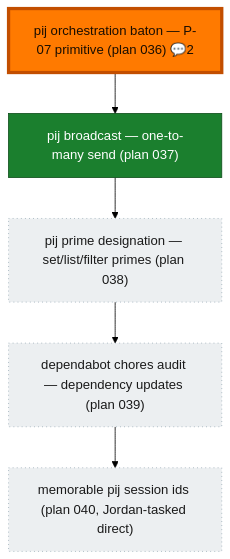
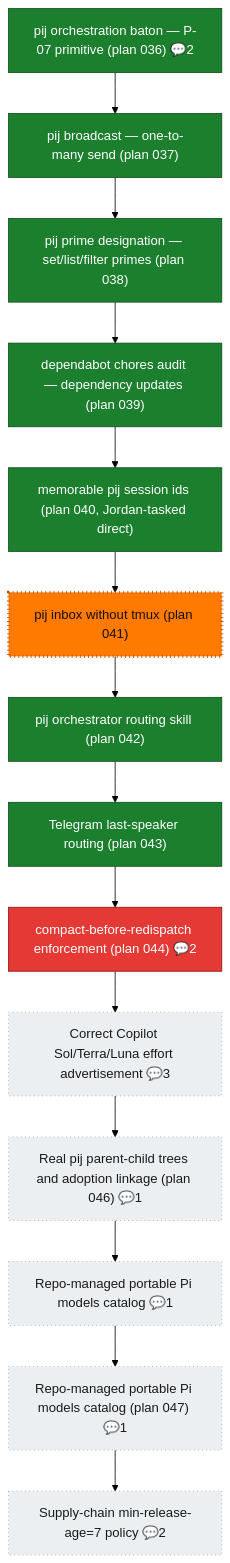
The diagram in government/prime-flow.md (vaughanknight/pij), drawn with Mermaid (forest theme) before and after one commit. The commit also changed other lines of this file and 18 other files, not shown here.

````diff
--- a/government/prime-flow.md
+++ b/government/prime-flow.md
@@ -8,15 +8,25 @@
 ```mermaid
 flowchart TD
     wi_036["pij orchestration baton — P-07 primitive (plan 036) 💬2"]:::done
     wi_037["pij broadcast — one-to-many send (plan 037)"]:::done
-    wi_038["pij prime designation — set/list/filter primes (plan 038)"]:::unknown
-    wi_039["dependabot chores audit — dependency updates (plan 039)"]:::unknown
-    wi_040["memorable pij session ids (plan 040, Jordan-tasked direct)"]:::unknown
+    wi_038["pij prime designation — set/list/filter primes (plan 038)"]:::done
+    wi_039["dependabot chores audit — dependency updates (plan 039)"]:::done
+    wi_040["memorable pij session ids (plan 040, Jordan-tasked direct)"]:::done
+    wi_041["pij inbox without tmux (plan 041)"]:::unknown
+    wi_042["pij orchestrator routing skill (plan 042)"]:::done
+    wi_043["Telegram last-speaker routing (plan 043)"]:::done
+    wi_044["compact-before-redispatch enforcement (plan 044) 💬2"]:::blocked
+    wi_copilot_effort_advertisement["Correct Copilot Sol/Terra/Luna effort advertisement 💬3"]:::unknown
+    wi_046["Real pij parent-child trees and adoption linkage (plan 046) 💬1"]:::unknown
+    wi_portable_models_config["Repo-managed portable Pi models catalog 💬1"]:::unknown
+    wi_047["Repo-managed portable Pi models catalog (plan 047) 💬1"]:::unknown
+    wi_min_release_age["Supply-chain min-release-age=7 policy 💬2"]:::unknown
 
-    wi_036 --> wi_037 --> wi_038 --> wi_039 --> wi_040
+    wi_036 --> wi_037 --> wi_038 --> wi_039 --> wi_040 --> wi_041 --> wi_042 --> wi_043 --> wi_044 --> wi_copilot_effort_advertisement --> wi_046 --> wi_portable_models_config --> wi_047 --> wi_min_release_age
 
     classDef done fill:#1B7F2E,stroke:#0F4F1B,color:#fff;
+    classDef blocked fill:#E53935,stroke:#8E1513,color:#fff;
     classDef unknown fill:#ECEFF1,stroke:#90A4AE,color:#1a1a1a,stroke-dasharray:1 4;
     classDef current fill:#FF7A00,stroke:#C24E00,color:#1a0e00,stroke-width:4px;
-    class wi_036 current;
+    class wi_041 current;
 ```
````
